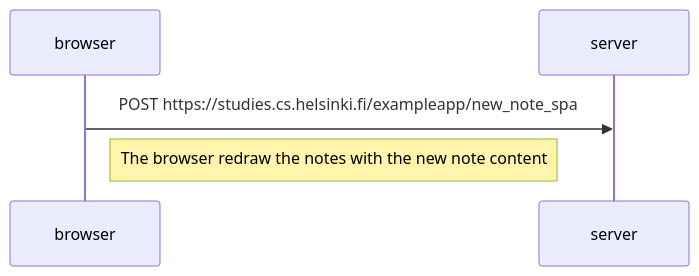
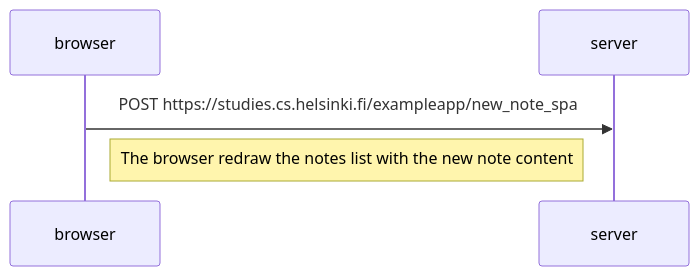
One commit to gcosta815/fullstackopen changed the diagram in part0/0.6/new_note_in_single_page_app_diagram.md. Above: the diagram before and after it, drawn with Mermaid.

````diff
--- a/part0/0.6/new_note_in_single_page_app_diagram.md
+++ b/part0/0.6/new_note_in_single_page_app_diagram.md
@@ -1,10 +1,10 @@
 ```mermaid
 sequenceDiagram;
   participant browser;
   participant server;
 
   browser->>server: POST https://studies.cs.helsinki.fi/exampleapp/new_note_spa;
   activate server;
 
-  Note right of browser: The browser redraw the notes with the new note content
+  Note right of browser: The browser redraw the notes list with the new note content
 ```
````
